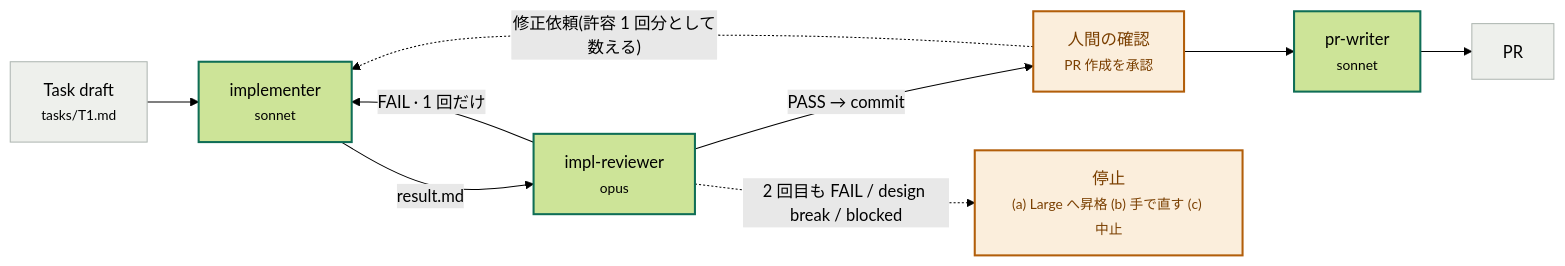
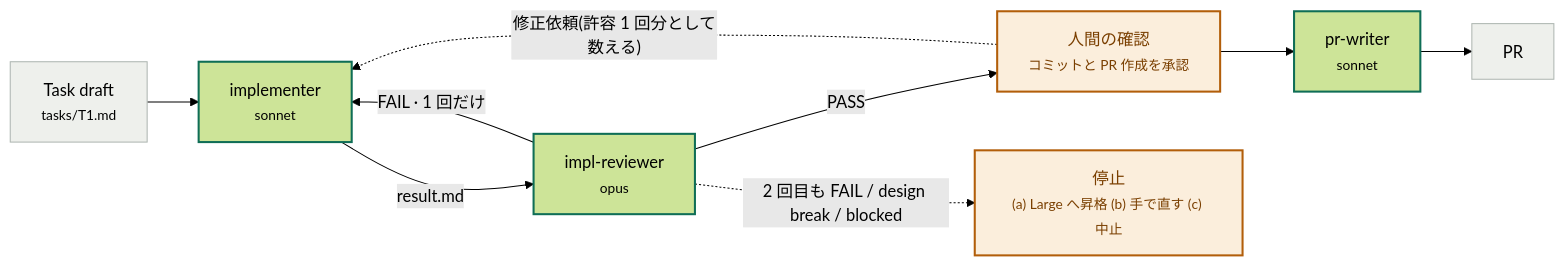
The fifth of 11 diagrams in docs/tama-cc-devflow.md (tamashiro-syuta/tama-cc-kit), drawn with Mermaid (forest theme) before and after one commit. The commit also changed other lines of this file and 5 other files, not shown here.

````diff
--- a/docs/tama-cc-devflow.md
+++ b/docs/tama-cc-devflow.md
@@ -211,20 +211,20 @@
 ```mermaid
 flowchart LR
     classDef agent stroke:#0f6e56,stroke-width:2px
     classDef human fill:#fbeedc,stroke:#b25e0a,stroke-width:2px,color:#7a3f00
     classDef plain fill:#eef0ec,stroke:#aeb6b1
 
     draft["Task draft<br/><small>tasks/T1.md</small>"]:::plain
     impl["implementer<br/><small>sonnet</small>"]:::agent
     review["impl-reviewer<br/><small>opus</small>"]:::agent
-    human["人間の確認<br/><small>PR 作成を承認</small>"]:::human
+    human["人間の確認<br/><small>コミットと PR 作成を承認</small>"]:::human
     prw["pr-writer<br/><small>sonnet</small>"]:::agent
     pr[PR]:::plain
     stop["停止<br/><small>(a) Large へ昇格 (b) 手で直す (c) 中止</small>"]:::human
 
     draft --> impl -- result.md --> review
     review -- FAIL · 1 回だけ --> impl
-    review -- PASS → commit --> human --> prw --> pr
+    review -- PASS --> human --> prw --> pr
     human -. "修正依頼(許容 1 回分として数える)" .-> impl
     review -. "2 回目も FAIL / design break / blocked" .-> stop
 ```
````
